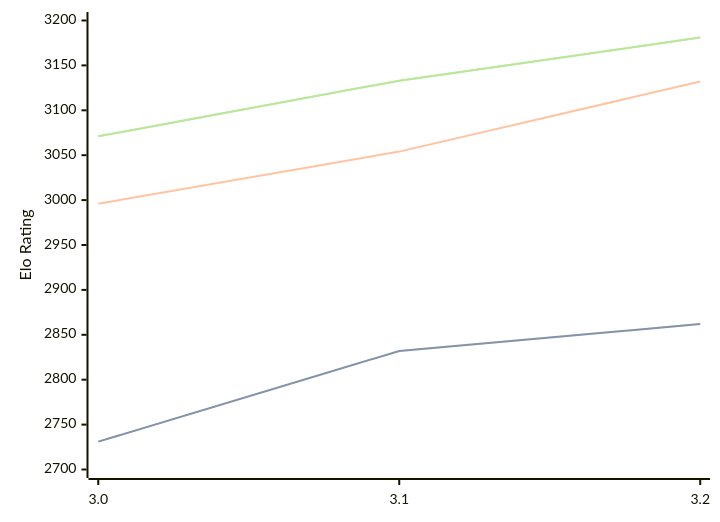
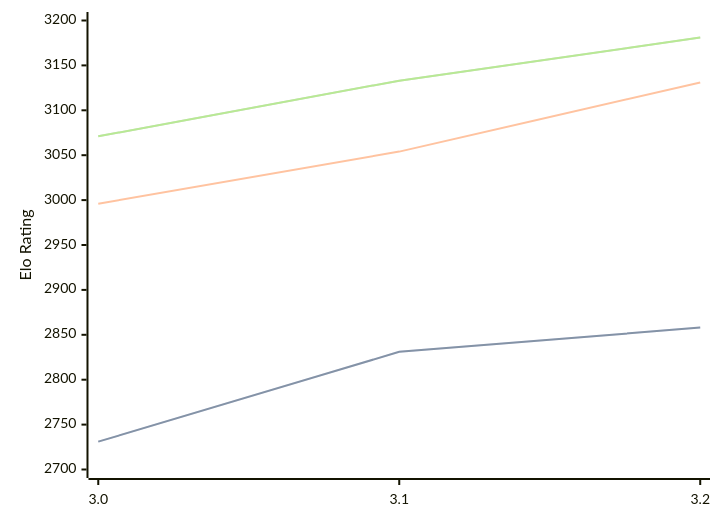
Before and after one commit to computer-chess-index/cci: the diagram in engines/Vajolet2.md, drawn with Mermaid. The commit also changed other lines of this file, not shown here.

````diff
--- a/engines/Vajolet2.md
+++ b/engines/Vajolet2.md
@@ -33,11 +33,11 @@
 ```mermaid
 %%{init: {"theme":"base","themeVariables":{"seriesColors:['#a3a3a3','#222221','#faa371']}}}%%
 xychart-beta
   x-axis ["3.0", "3.1", "3.2"]
   y-axis "Elo Rating" 2700 --> 3200
-  line "" [2731, 2832, 2862]
-  line "STC (8.0+0.08s)" [2731, 2832, 2862]
-  line "LTC (60.0+0.60s)" [2996, 3054, 3132]
+  line "" [2731, 2831, 2858]
+  line "STC (8.0+0.08s)" [2731, 2831, 2858]
+  line "LTC (60.0+0.60s)" [2996, 3054, 3131]
   line "" [3071, 3133, 3181]
   line "VLTC (2m24s+1.12s)" [3071, 3133, 3181]
 ```
````
